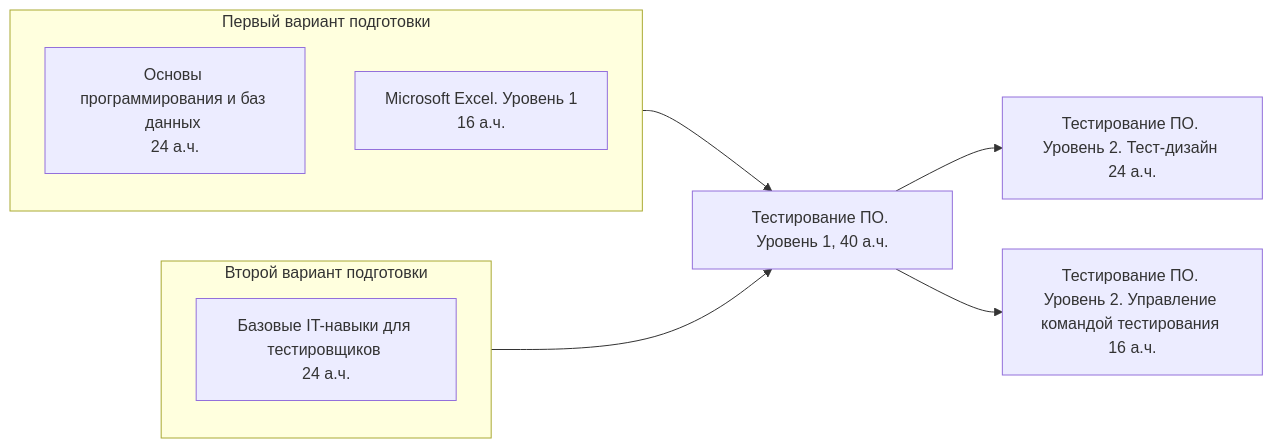
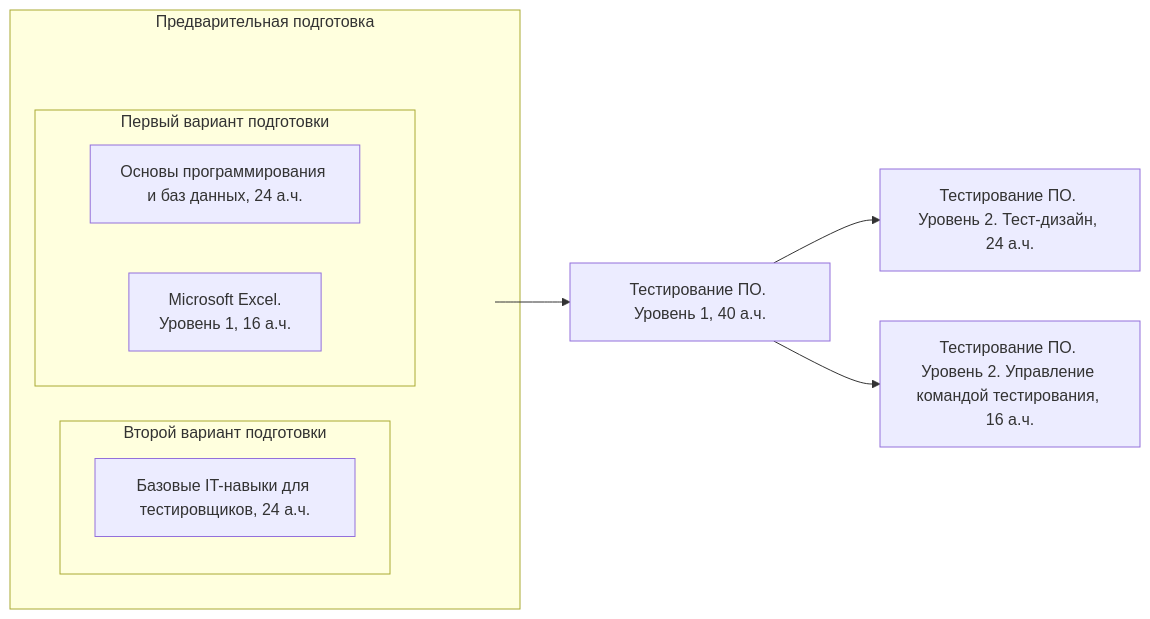
The first of 2 diagrams in qa-track.md (slqamsk/qa-track), drawn with Mermaid before and after one commit.

`````diff
--- a/qa-track.md
+++ b/qa-track.md
@@ -3,24 +3,39 @@
 ```mermaid
 graph LR
-    %% 1. ОБЪЯВЛЕНИЕ ВСЕХ УЗЛОВ
-    subgraph prep1 [Первый вариант подготовки]
-        oprog-a[Основы программирования и баз данных <br>24 а.ч.]
-        bkp2[Microsoft Excel. Уровень 1 <br>16 а.ч.]
-    end
+    subgraph prep [Предварительная подготовка]
+        upPrep( )
+        subgraph prep2 [Второй вариант подготовки]
+            qa-base[Базовые IT-навыки для тестировщиков, 24 а.ч.]
+        end
 
-    subgraph prep2 [Второй вариант подготовки]
-        qa-base[Базовые IT-навыки для тестировщиков <br>24 а.ч.]
+        subgraph prep1 [Первый вариант подготовки]
+            oprog-a[<span style="white-space: nowrap;">Основы программирования</span> и баз данных, 24 а.ч.]
+            bkp2[Microsoft Excel. <br> Уровень 1, 16 а.ч.]
+        end
+        
+        %% Невидимый узел в центре блока
+        centerPrep( )
     end
     
     tpo[Тестирование ПО. Уровень 1, 40 а.ч.]
-    tpo21[Тестирование ПО. Уровень 2. Тест-дизайн <br>24 а.ч.]
-    upkot[Тестирование ПО. Уровень 2. Управление командой тестирования <br>16 а.ч.]
+    tpo21[Тестирование ПО. Уровень 2. Тест-дизайн, 24 а.ч.]
+    upkot[Тестирование ПО. Уровень 2. Управление командой тестирования, 16 а.ч.]
 
-    %% 2. ВСЕ СВЯЗИ (СТРЕЛКИ)
-    prep1 --> tpo
-    prep2 --> tpo
-
+    %% Стрелка из невидимого узла
+    centerPrep --> tpo
+    
+    %% Связываем невидимый узел с содержимым блока (невидимыми линиями)
+    upPrep ~~~ centerPrep
+    oprog-a ~~~ centerPrep
+    bkp2 ~~~ centerPrep
+    prep1 ~~~ centerPrep
+    prep2 ~~~ centerPrep
+    
     tpo --> tpo21
     tpo --> upkot
+    
+    %% Скрываем невидимый узел
+    style upPrep fill:transparent,stroke:transparent
+    style centerPrep fill:transparent,stroke:transparent
 
 ````
`````
